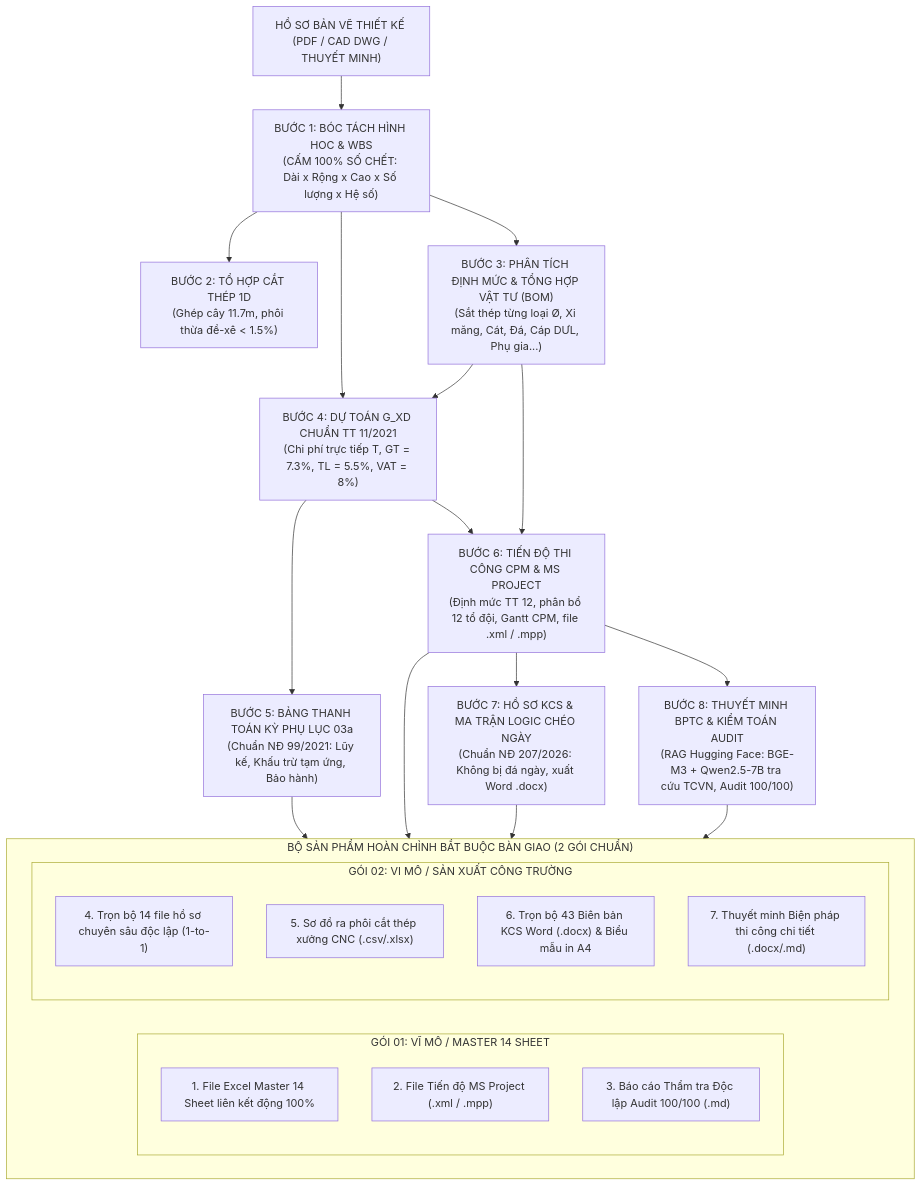
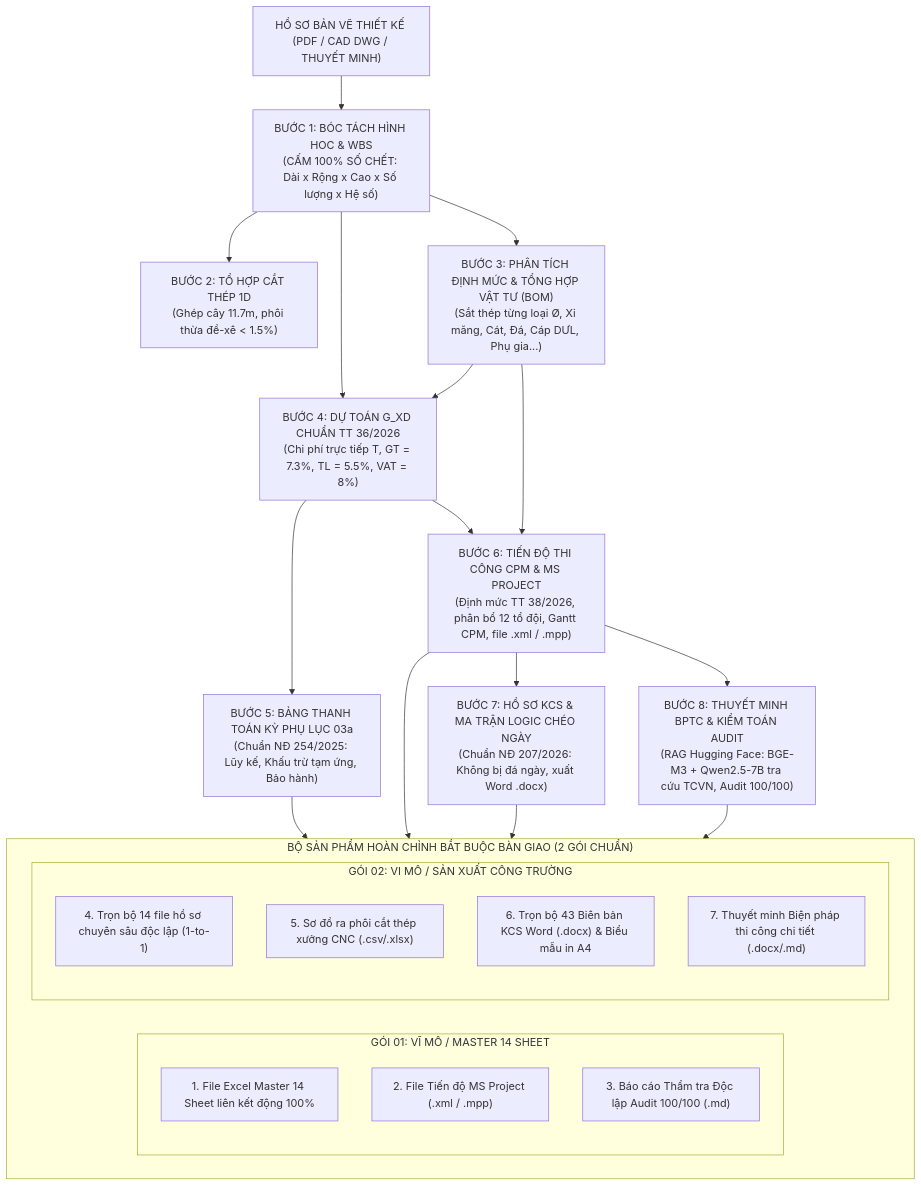
The diagram in workflows/00_TONG_QUAN_QUY_TRINH_KHEP_KIN_AEC.md (baotuhg/23HG-multiagent-system), drawn with Mermaid before and after one commit. The commit also changed other lines of this file and 45 other files, not shown here.

````diff
--- a/workflows/00_TONG_QUAN_QUY_TRINH_KHEP_KIN_AEC.md
+++ b/workflows/00_TONG_QUAN_QUY_TRINH_KHEP_KIN_AEC.md
@@ -8,31 +8,31 @@
 ```mermaid
 flowchart TD
     In["HỒ SƠ BẢN VẼ THIẾT KẾ (PDF / CAD DWG / THUYẾT MINH)"] --> S1["BƯỚC 1: BÓC TÁCH HÌNH HOC & WBS\n(CẤM 100% SỐ CHẾT: Dài x Rộng x Cao x Số lượng x Hệ số)"]
     
     S1 --> S2["BƯỚC 2: TỔ HỢP CẮT THÉP 1D\n(Ghép cây 11.7m, phôi thừa đề-xê < 1.5%)"]
     S1 --> S3["BƯỚC 3: PHÂN TÍCH ĐỊNH MỨC & TỔNG HỢP VẬT TƯ (BOM)\n(Sắt thép từng loại Ø, Xi măng, Cát, Đá, Cáp DƯL, Phụ gia...)"]
     
-    S1 & S3 --> S4["BƯỚC 4: DỰ TOÁN G_XD CHUẨN TT 11/2021\n(Chi phí trực tiếp T, GT = 7.3%, TL = 5.5%, VAT = 8%)"]
+    S1 & S3 --> S4["BƯỚC 4: DỰ TOÁN G_XD CHUẨN TT 36/2026\n(Chi phí trực tiếp T, GT = 7.3%, TL = 5.5%, VAT = 8%)"]
     
-    S4 --> S5["BƯỚC 5: BẢNG THANH TOÁN KỲ PHỤ LỤC 03a\n(Chuẩn NĐ 99/2021: Lũy kế, Khấu trừ tạm ứng, Bảo hành)"]
-    S4 & S3 --> S6["BƯỚC 6: TIẾN ĐỘ THI CÔNG CPM & MS PROJECT\n(Định mức TT 12, phân bổ 12 tổ đội, Gantt CPM, file .xml / .mpp)"]
+    S4 --> S5["BƯỚC 5: BẢNG THANH TOÁN KỲ PHỤ LỤC 03a\n(Chuẩn NĐ 254/2025: Lũy kế, Khấu trừ tạm ứng, Bảo hành)"]
+    S4 & S3 --> S6["BƯỚC 6: TIẾN ĐỘ THI CÔNG CPM & MS PROJECT\n(Định mức TT 38/2026, phân bổ 12 tổ đội, Gantt CPM, file .xml / .mpp)"]
     
     S6 --> S7["BƯỚC 7: HỒ SƠ KCS & MA TRẬN LOGIC CHÉO NGÀY\n(Chuẩn NĐ 207/2026: Không bị đá ngày, xuất Word .docx)"]
     S6 --> S8["BƯỚC 8: THUYẾT MINH BPTC & KIỂM TOÁN AUDIT\n(RAG Hugging Face: BGE-M3 + Qwen2.5-7B tra cứu TCVN, Audit 100/100)"]
     
     subgraph KET_QUA["BỘ SẢN PHẨM HOÀN CHỈNH BẮT BUỘC BÀN GIAO (2 GÓI CHUẨN)"]
         subgraph GOI1["GÓI 01: VĨ MÔ / MASTER 14 SHEET"]
             Out1["1. File Excel Master 14 Sheet liên kết động 100%"]
             Out2["2. File Tiến độ MS Project (.xml / .mpp)"]
             Out3["3. Báo cáo Thẩm tra Độc lập Audit 100/100 (.md)"]
         end
         subgraph GOI2["GÓI 02: VI MÔ / SẢN XUẤT CÔNG TRƯỜNG"]
             Out4["4. Trọn bộ 14 file hồ sơ chuyên sâu độc lập (1-to-1)"]
             Out5["5. Sơ đồ ra phôi cắt thép xưởng CNC (.csv/.xlsx)"]
             Out6["6. Trọn bộ 43 Biên bản KCS Word (.docx) & Biểu mẫu in A4"]
             Out7["7. Thuyết minh Biện pháp thi công chi tiết (.docx/.md)"]
         end
     end
 
     S5 & S6 & S7 & S8 --> KET_QUA
 ```
````
